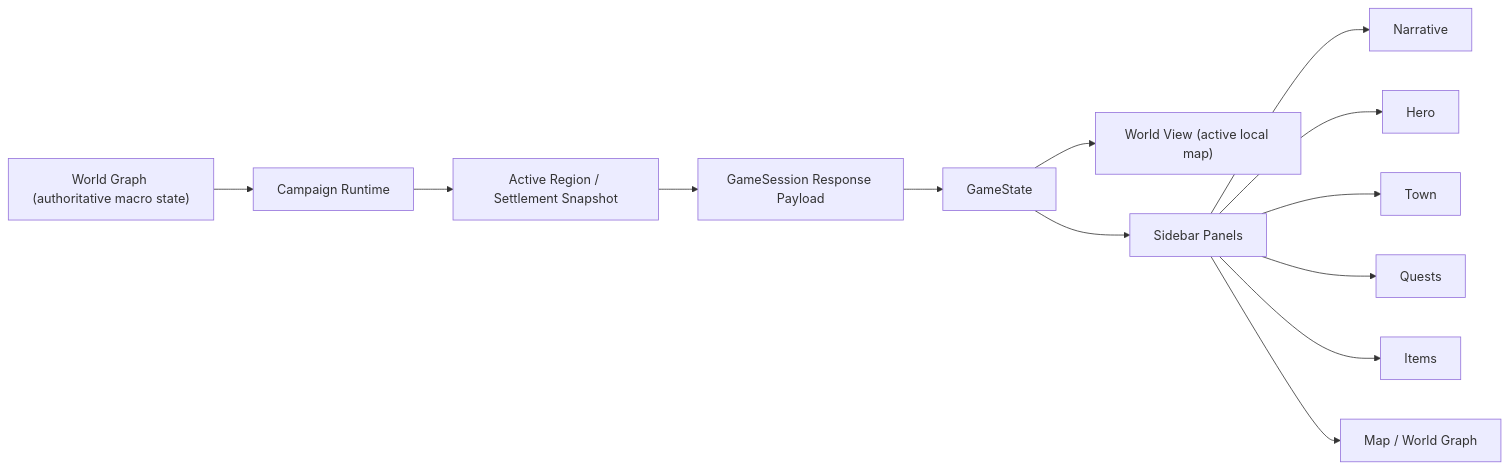
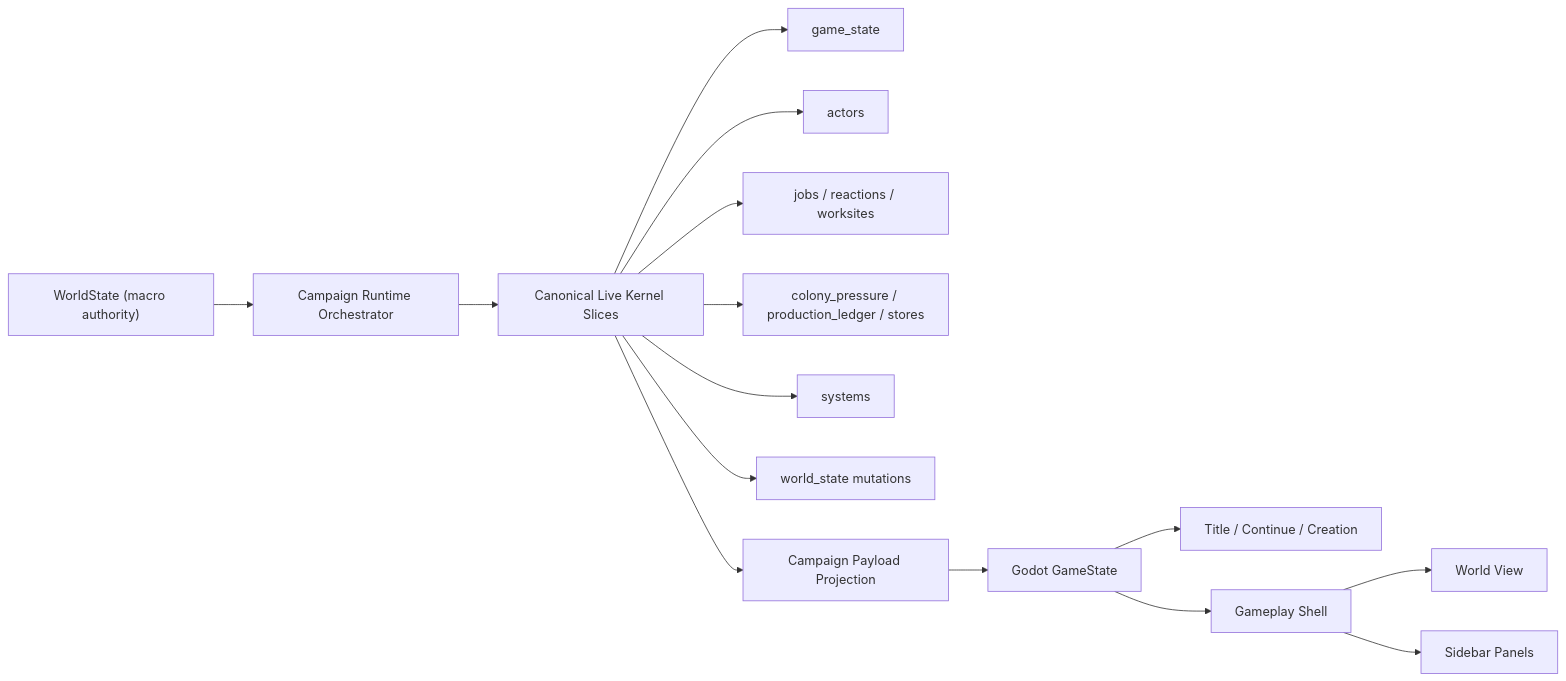
The diagram in docs/architecture/runtime_authority.md (msbel5/ember-rpg), drawn with Mermaid before and after one commit. The commit also changed other lines of this file and 130 other files, not shown here.

````diff
--- a/docs/architecture/runtime_authority.md
+++ b/docs/architecture/runtime_authority.md
@@ -5,15 +5,17 @@
 ```mermaid
 flowchart LR
-    A["World Graph (authoritative macro state)"] --> B["Campaign Runtime"]
-    B --> C["Active Region / Settlement Snapshot"]
-    C --> D["GameSession Response Payload"]
-    D --> E["GameState"]
-    E --> F["World View (active local map)"]
-    E --> G["Sidebar Panels"]
-    G --> G1["Narrative"]
-    G --> G2["Hero"]
-    G --> G3["Town"]
-    G --> G4["Quests"]
-    G --> G5["Items"]
-    G --> G6["Map / World Graph"]
+    A["WorldState (macro authority)"] --> B["Campaign Runtime Orchestrator"]
+    B --> C["Canonical Live Kernel Slices"]
+    C --> C1["game_state"]
+    C --> C2["actors"]
+    C --> C3["jobs / reactions / worksites"]
+    C --> C4["colony_pressure / production_ledger / stores"]
+    C --> C5["systems"]
+    C --> C6["world_state mutations"]
+    C --> D["Campaign Payload Projection"]
+    D --> E["Godot GameState"]
+    E --> F["Title / Continue / Creation"]
+    E --> G["Gameplay Shell"]
+    G --> G1["World View"]
+    G --> G2["Sidebar Panels"]
 ```
````
